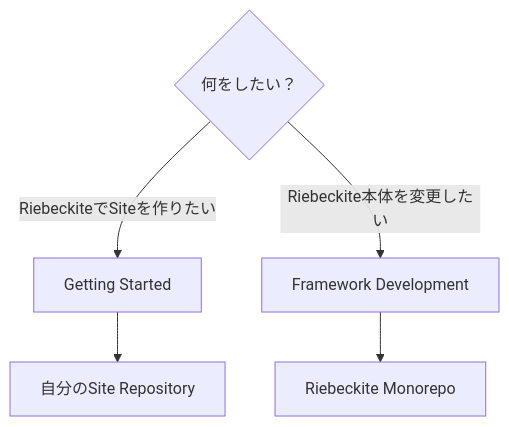
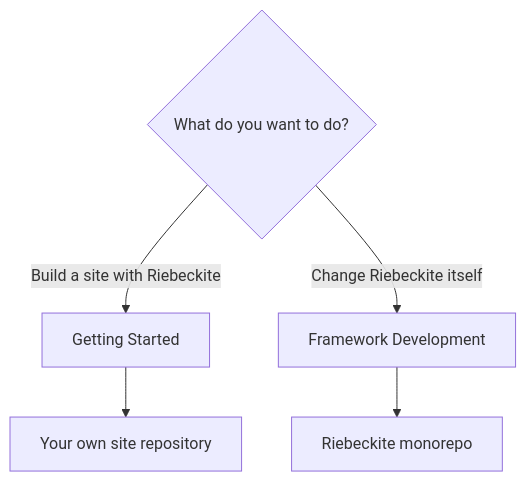
One commit to Rerurate514/riebeckite changed the first of 6 diagrams in docs/docs/framework/development.md. Above: the diagram before and after it, drawn with Mermaid. The commit also changed other lines of this file and 604 other files, not shown here.

````diff
--- a/docs/docs/framework/development.md
+++ b/docs/docs/framework/development.md
@@ -18,10 +16,10 @@
-```mermaid id="9tptx1"
+```mermaid
 flowchart TD
-    Q{"何をしたい？"}
+    Q{"What do you want to do?"}
 
-    Q -->|"RiebeckiteでSiteを作りたい"| User["Getting Started"]
-    Q -->|"Riebeckite本体を変更したい"| Dev["Framework Development"]
+    Q -->|"Build a site with Riebeckite"| User["Getting Started"]
+    Q -->|"Change Riebeckite itself"| Dev["Framework Development"]
 
-    User --> Site["自分のSite Repository"]
-    Dev --> Repo["Riebeckite Monorepo"]
+    User --> Site["Your own site repository"]
+    Dev --> Repo["Riebeckite monorepo"]
 ```
````
